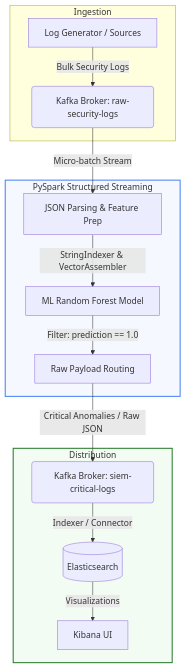
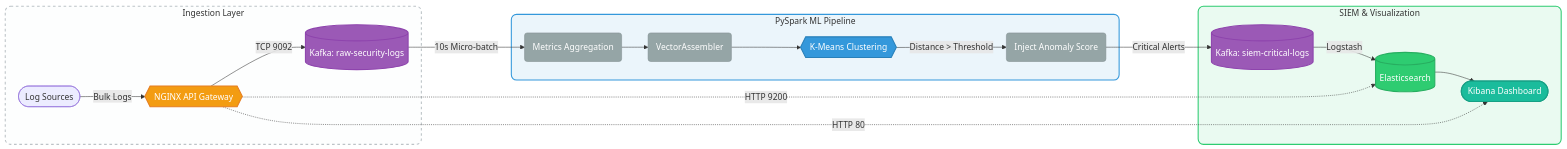
One commit to piyushS3V3N/AnomalyGate changed the diagram in docs/architecture_documentation.md. Above: the diagram before and after it, drawn with Mermaid. The commit also changed other lines of this file and 8 other files, not shown here.

````diff
--- a/docs/architecture_documentation.md
+++ b/docs/architecture_documentation.md
@@ -13,21 +13,42 @@
 ```mermaid
-graph TD
-    subgraph Ingestion
-        A[Log Generator / Sources] -->|Bulk Security Logs| B(Kafka Broker: raw-security-logs)
+graph LR
+    subgraph Ingestion [Ingestion Layer]
+        A([Log Sources]) -->|Bulk Logs| N{{"NGINX API Gateway"}}
+        N -->|TCP 9092| B[("Kafka: raw-security-logs")]
     end
     
-    subgraph Processing [PySpark Structured Streaming]
-        B -->|Micro-batch Stream| C[JSON Parsing & Feature Prep]
-        C -->|StringIndexer & VectorAssembler| D[ML Random Forest Model]
-        D -->|Filter: prediction == 1.0| E[Raw Payload Routing]
+    subgraph Processing [PySpark ML Pipeline]
+        B -->|10s Micro-batch| C("Metrics Aggregation")
+        C --> D("VectorAssembler")
+        D --> E{{"K-Means Clustering"}}
+        E -->|Distance > Threshold| F("Inject Anomaly Score")
     end
     
-    subgraph Distribution
-        E -->|Critical Anomalies / Raw JSON| F(Kafka Broker: siem-critical-logs)
-        F -->|Indexer / Connector| G[(Elasticsearch)]
-        G -->|Visualizations| H[Kibana UI]
+    subgraph Storage [SIEM & Visualization]
+        F -->|Critical Alerts| G[("Kafka: siem-critical-logs")]
+        G -->|Logstash| H[("Elasticsearch")]
+        H --> I(["Kibana Dashboard"])
+        
+        N -.->|HTTP 80| I
+        N -.->|HTTP 9200| H
     end
 
-    style Processing fill:#f5f8ff,stroke:#4f86f7,stroke-width:2px
-    style Distribution fill:#f3fcf3,stroke:#2e7d32,stroke-width:2px
+    %% Beautiful custom styles
+    classDef gateway fill:#f39c12,stroke:#e67e22,stroke-width:2px,color:#fff;
+    classDef broker fill:#9b59b6,stroke:#8e44ad,stroke-width:2px,color:#fff;
+    classDef ml fill:#3498db,stroke:#2980b9,stroke-width:2px,color:#fff;
+    classDef db fill:#2ecc71,stroke:#27ae60,stroke-width:2px,color:#fff;
+    classDef ui fill:#1abc9c,stroke:#16a085,stroke-width:2px,color:#fff;
+    classDef process fill:#95a5a6,stroke:#7f8c8d,stroke-width:1px,color:#fff;
+
+    class N gateway;
+    class B,G broker;
+    class E ml;
+    class H db;
+    class I ui;
+    class C,D,F process;
+
+    style Ingestion fill:#fdfefe,stroke:#bdc3c7,stroke-width:2px,stroke-dasharray: 5 5,rx:10,ry:10
+    style Processing fill:#ebf5fb,stroke:#3498db,stroke-width:2px,rx:10,ry:10
+    style Storage fill:#eafaf1,stroke:#2ecc71,stroke-width:2px,rx:10,ry:10
 ```
````
